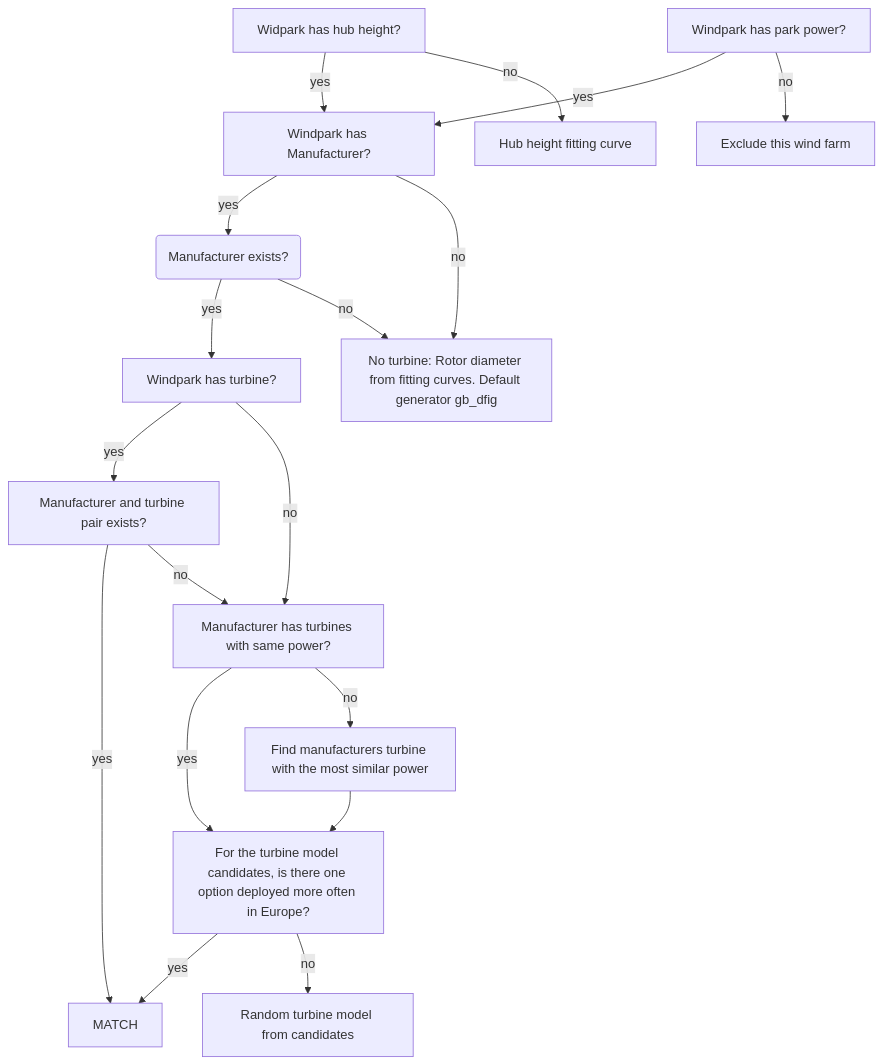
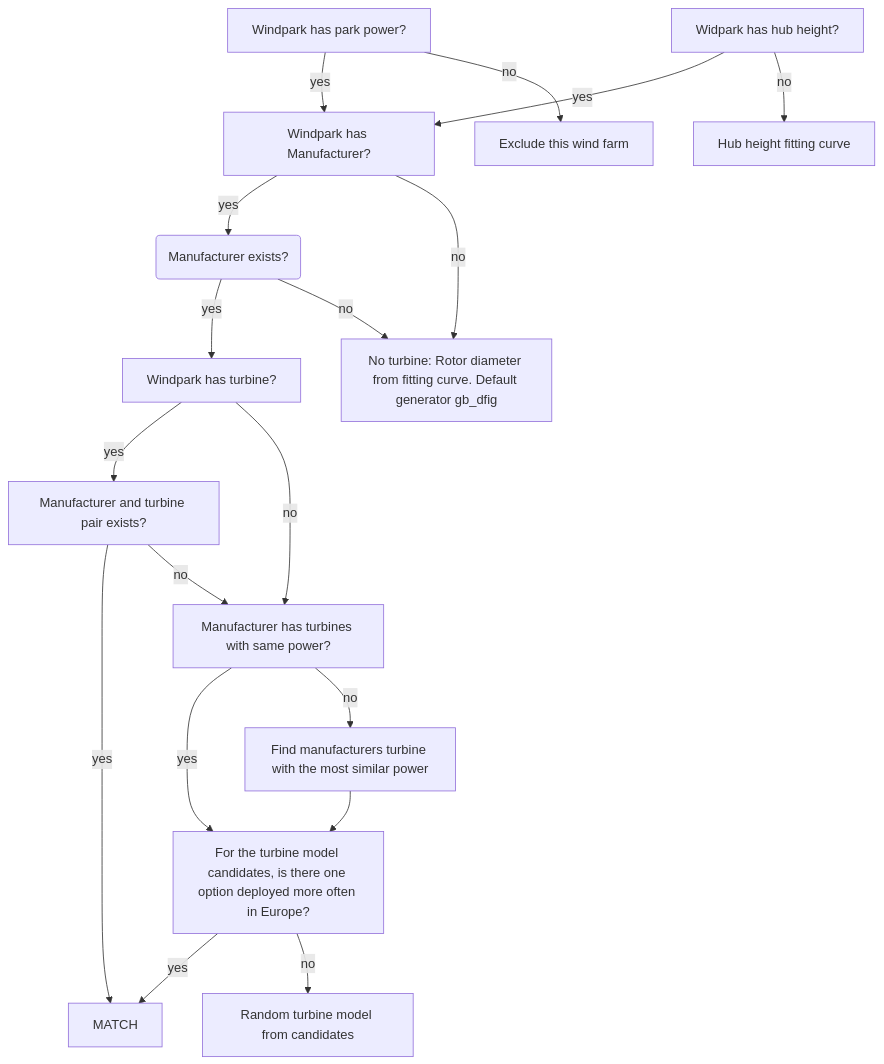
One commit to LIVENlab/JW4A_D1_1 changed the diagram in turbine_matching.md. Above: the diagram before and after it, drawn with Mermaid.

````diff
--- a/turbine_matching.md
+++ b/turbine_matching.md
@@ -3,25 +3,25 @@
 ```mermaid
 graph TD
+    HasParPower[Windpark has park power?]
+    HasParPower -- yes --> HasMan
+    HasParPower -- no --> EXCLUDE[Exclude this wind farm]
     HasHubHeight[Widpark has hub height?]
     HasHubHeight -- yes --> HasMan
     HasHubHeight -- no --> fit_curve[Hub height fitting curve]
-    HasParPower[Windpark has park power?]
-    HasParPower -- yes --> HasMan
-    HasParPower -- no --> EXCLUDE[Exclude this wind farm]
     HasMan[Windpark has Manufacturer?]
     HasMan -- yes --> ManExists
-    HasMan -- " no " --> MAN_FIT_CURVE[No turbine: Rotor diameter from fitting curves. Default generator gb_dfig]
+    HasMan -- " no " --> MAN_FIT_CURVE[No turbine: Rotor diameter from fitting curve. Default generator gb_dfig]
     ManExists(Manufacturer exists?)
     ManExists -- yes --> WPHasTurbine?
     ManExists -- " no " --> MAN_FIT_CURVE
     WPHasTurbine?[Windpark has turbine?]
     WPHasTurbine? -- yes --> ManTurbinePairExists?[Manufacturer and turbine pair exists?]
     WPHasTurbine? -- no --> PowerMatch?[Manufacturer has turbines with same power?]
     PowerMatch? -- " yes " --> OneMostCommon?
     PowerMatch? -- no --> CLOSEST[Find manufacturers turbine with the most similar power]
     CLOSEST --> OneMostCommon?[For the turbine model candidates, is there one option deployed more often in Europe?]
     OneMostCommon? -- " yes " --> MATCH
     OneMostCommon? -- no --> RND[Random turbine model from candidates]
     ManTurbinePairExists? -- " yes " --> MATCH
     ManTurbinePairExists? -- no --> PowerMatch?
 ```
````
